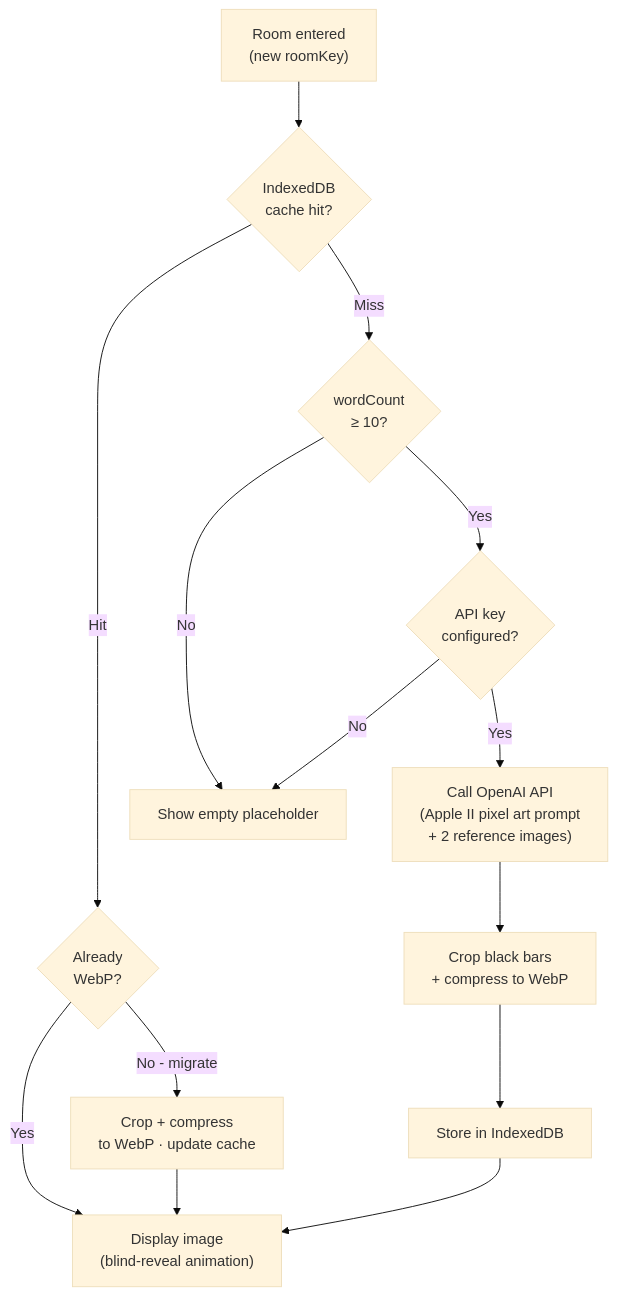
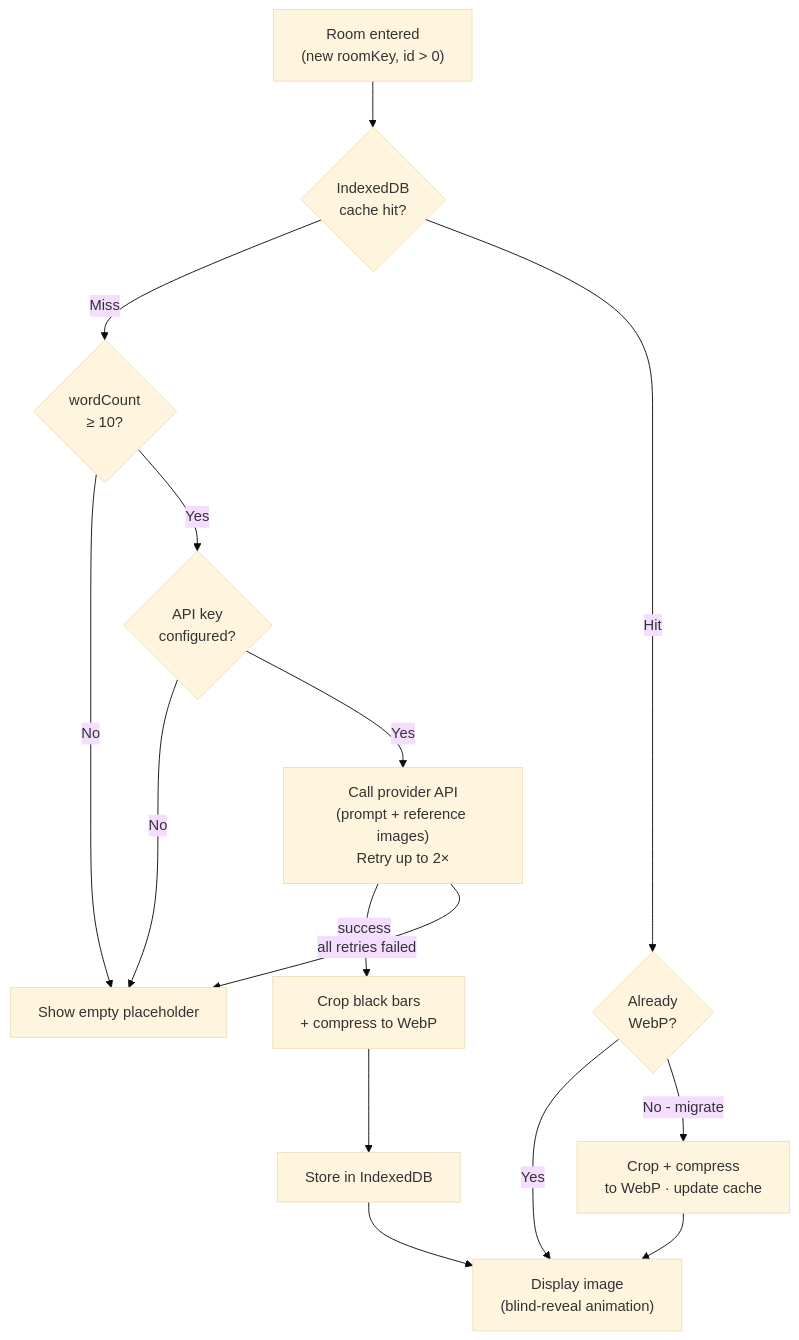
Before and after one commit to raz0red/ifwithgraphics: the third of 3 diagrams in README.md, drawn with Mermaid (base theme). The commit also changed other lines of this file, not shown here.

First line of the commit message:
Update README with latest features and provider guidance

````diff
--- a/README.md
+++ b/README.md
@@ -234,27 +249,28 @@
 ```mermaid
 flowchart TD
-    ROOM["Room entered\n(new roomKey)"]
+    ROOM["Room entered\n(new roomKey, id > 0)"]
     WC{"wordCount\n≥ 10?"}
     IDB{"IndexedDB\ncache hit?"}
     WEBP{"Already\nWebP?"}
     SHOW["Display image\n(blind-reveal animation)"]
     MIGRATE["Crop + compress\nto WebP · update cache"]
     KEY{"API key\nconfigured?"}
-    GEN["Call OpenAI API\n(Apple II pixel art prompt\n+ 2 reference images)"]
+    GEN["Call provider API\n(prompt + reference images)\nRetry up to 2×"]
     PROCESS["Crop black bars\n+ compress to WebP"]
     CACHE["Store in IndexedDB"]
     PLACEHOLDER["Show empty placeholder"]
 
     ROOM --> IDB
     IDB -->|Miss| WC
     IDB -->|Hit| WEBP
     WEBP -->|Yes| SHOW
     WEBP -->|No - migrate| MIGRATE --> SHOW
     WC -->|No| PLACEHOLDER
     WC -->|Yes| KEY
     KEY -->|No| PLACEHOLDER
     KEY -->|Yes| GEN
-    GEN --> PROCESS
+    GEN -->|success| PROCESS
+    GEN -->|all retries failed| PLACEHOLDER
     PROCESS --> CACHE
     CACHE --> SHOW
 ```
````
